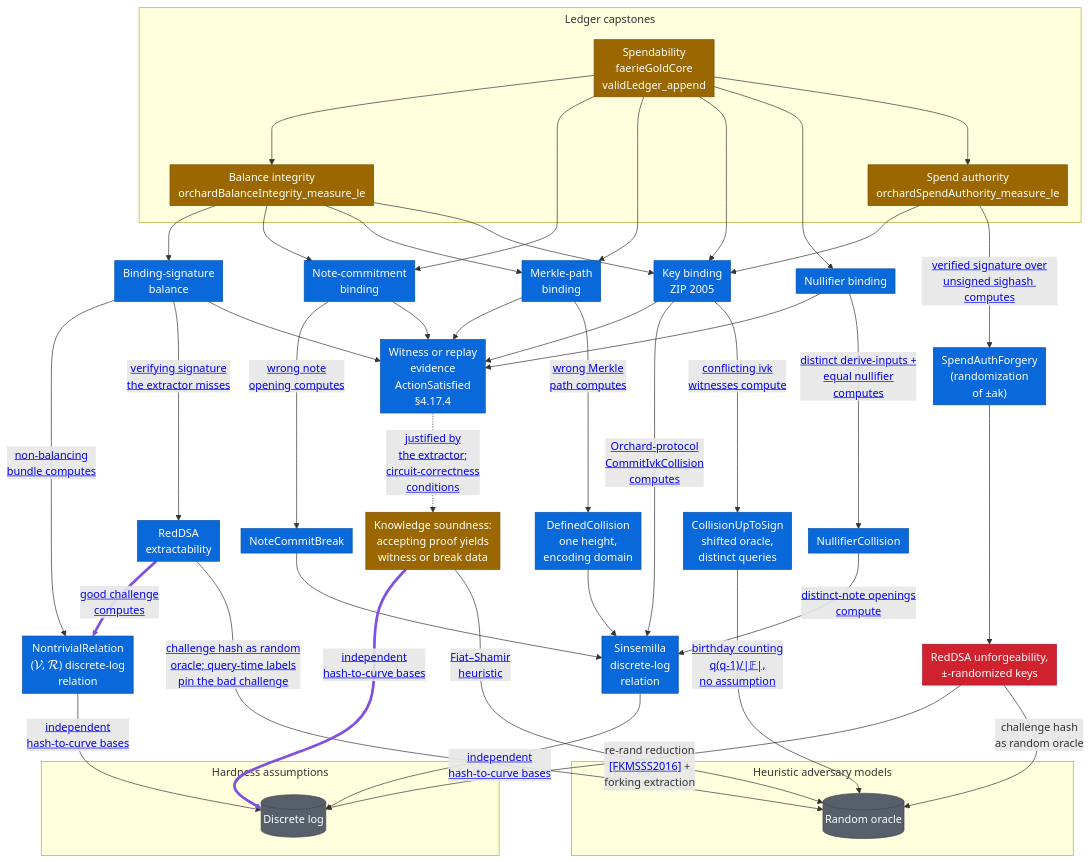
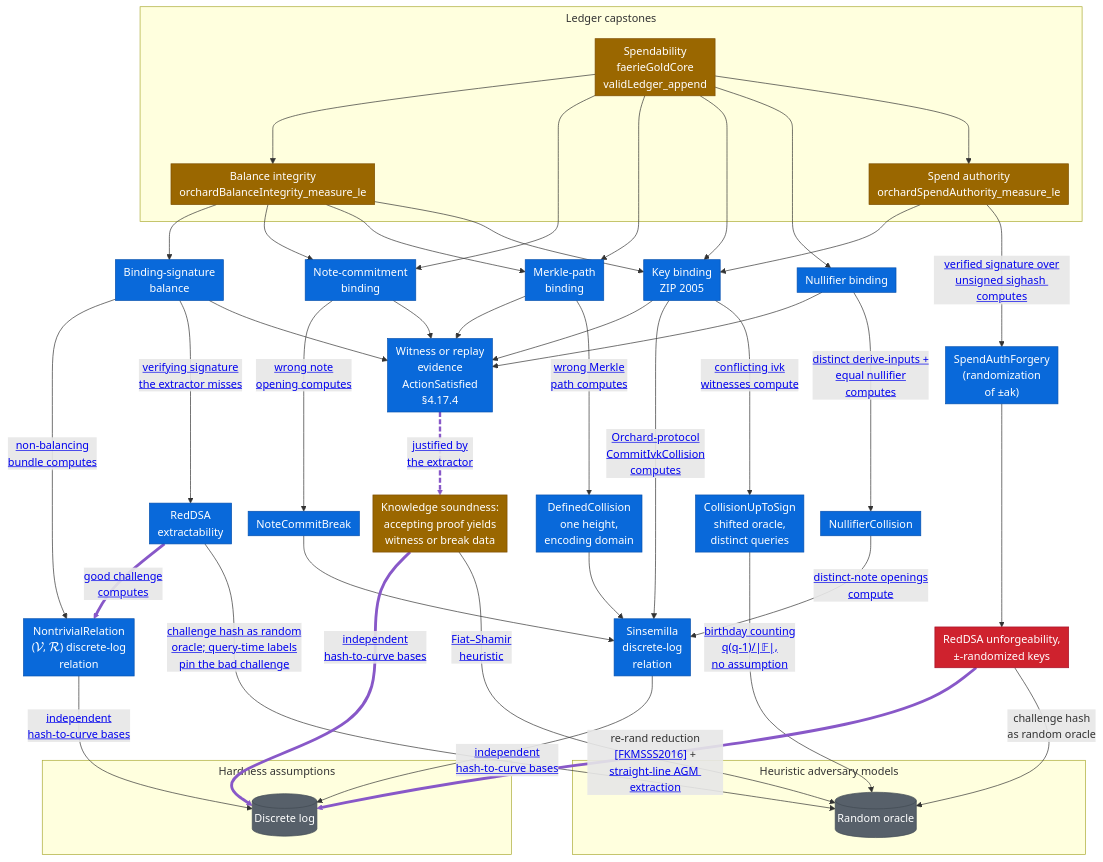
Before and after one commit to daira/ironwood: the diagram in book/src/formal-verification/ledger-security-games.md, drawn with Mermaid. The commit also changed other lines of this file, not shown here.

````diff
--- a/book/src/formal-verification/ledger-security-games.md
+++ b/book/src/formal-verification/ledger-security-games.md
@@ -56,20 +56,20 @@
   NFB --->|"<a target='_blank' href='https://github.com/zcash/ironwood/blob/main/Zcash/Security/Ledger/Spendability.lean'>distinct derive-inputs +<br/>equal nullifier<br/>computes</a>"| NFC["NullifierCollision"]
   SPENDAUTH --->|"<a target='_blank' href='https://github.com/zcash/ironwood/blob/main/Zcash/Security/Ledger/SpendAuthority.lean'>verified signature over<br/>unsigned sighash computes</a>"| SAF["SpendAuthForgery<br/>(randomization<br/>of ±ak)"]
 
-  STMT -. "<a target='_blank' href='https://github.com/zcash/ironwood/blob/main/Zcash/Snark/Soundness/Composition/Bridge.lean'>justified by<br/>the extractor;<br/>circuit-correctness<br/>conditions</a>" .-> KS["Knowledge soundness:<br/>accepting proof yields<br/>witness or break data"]
+  STMT STMTtoKS@-. "<a target='_blank' href='https://github.com/zcash/ironwood/blob/main/Zcash/Snark/Soundness/Composition/Bridge.lean'>justified by<br/>the extractor</a>" .-> KS["Knowledge soundness:<br/>accepting proof yields<br/>witness or break data"]
   NCBK --> SDLR["Sinsemilla<br/>discrete-log<br/>relation"]
 
-  KERR ==>|"<a target='_blank' href='https://github.com/zcash/ironwood/blob/main/Zcash/Security/RedDSA/Extraction.lean'>good challenge<br/>computes</a>"| NDLR
+  KERR KERRtoNDLR@==>|"<a target='_blank' href='https://github.com/zcash/ironwood/blob/main/Zcash/Security/RedDSA/Extraction.lean'>good challenge<br/>computes</a>"| NDLR
   KERR --->|"<a target='_blank' href='https://github.com/zcash/ironwood/blob/main/Zcash/Security/RedDSA/KnowledgeError.lean'>challenge hash as random<br/>oracle; query-time labels<br/>pin the bad challenge</a>"| ROM
   NDLR -->|"<a target='_blank' href='https://github.com/zcash/ironwood/blob/main/Zcash/Snark/Soundness/AGM/BindingSignature.lean'>independent<br/>hash-to-curve bases</a>"| DL
   SDLR -->|"<a target='_blank' href='https://github.com/zcash/ironwood/blob/main/Zcash/Snark/Soundness/AGM/BindingSignature.lean'>independent<br/>hash-to-curve bases</a>"| DL
-  KS ===>|"<a target='_blank' href='https://github.com/zcash/ironwood/blob/main/Zcash/Snark/Soundness/Action/AdaptiveStatementKnowledge.lean'>independent<br/>hash-to-curve bases</a>"| DL
+  KS KStoDL@===>|"<a target='_blank' href='https://github.com/zcash/ironwood/blob/main/Zcash/Snark/Soundness/Action/AdaptiveStatementKnowledge.lean'>independent<br/>hash-to-curve bases</a>"| DL
   KS -->|"<a target='_blank' href='https://github.com/zcash/ironwood/tree/main/Zcash/Snark/Soundness/FiatShamir'>Fiat–Shamir<br/>heuristic</a>"| ROM
   MC --> SDLR
   CUS --->|"<a target='_blank' href='https://github.com/zcash/ironwood/blob/main/Zcash/Security/Common/Birthday.lean'>birthday counting<br/>q(q-1)/|𝔽|,<br/>no assumption</a>"| ROM
   NFC -->|"<a target='_blank' href='https://github.com/zcash/ironwood/blob/main/Zcash/Security/Ledger/Nullifier.lean'>distinct-note openings<br/>compute</a>"| SDLR
   SAF ---> RDSA["RedDSA unforgeability,<br/>±-randomized keys"]
-  RDSA -->|"re-rand reduction<br/><a target='_blank' href='https://eprint.iacr.org/2015/395'>[FKMSSS2016]</a> +<br/>forking extraction"| DL
+  RDSA RDSAtoDL@==>|"re-rand reduction<br/><a target='_blank' href='https://eprint.iacr.org/2015/395'>[FKMSSS2016]</a> +<br/><a target='_blank' href='https://eprint.iacr.org/2019/877'>straight-line AGM extraction</a>"| DL
   RDSA -->|"challenge hash<br/>as random oracle"| ROM
 
   click BAL "https://github.com/zcash/ironwood/blob/main/Zcash/Security/Ledger/Balance.lean" _blank
@@ -103,6 +103,8 @@
   class NCB,BS,KB,MERK,NFB,STMT,NDLR,CUS,NCBK,MC,NFC,SAF,SDLR,KERR checked
   class RDSA hyp
   class DL,ROM assumed
-  %% linkStyle selects edges by definition order above; recount when adding or removing edges
-  linkStyle 26,30 stroke:#8250df,stroke-width:4px
+  classDef agmEdge stroke:#8858c8,stroke-width:4.2px
+  classDef agmBridge stroke:#8858c8,stroke-width:3.5px,stroke-dasharray: 7.5 3.2
+  class KERRtoNDLR,KStoDL,RDSAtoDL agmEdge
+  class STMTtoKS agmBridge
 ```
````
